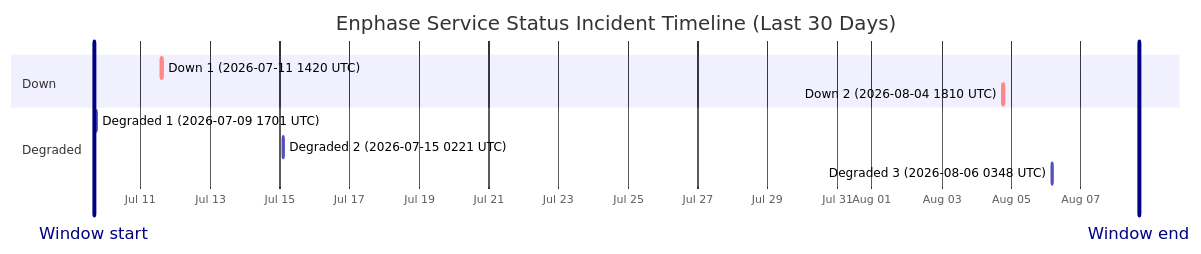
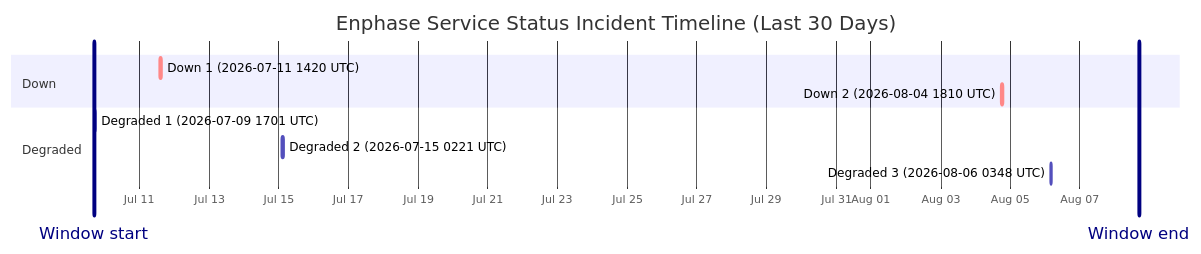
The diagram in wiki/Service-Status-History.md (barneyonline/ha-enphase-energy), drawn with Mermaid before and after one commit. The commit also changed other lines of this file and 3 other files, not shown here.

````diff
--- a/wiki/Service-Status-History.md
+++ b/wiki/Service-Status-History.md
@@ -14,15 +14,15 @@
 ```mermaid
 gantt
     title Enphase Service Status Incident Timeline (Last 30 Days)
     dateFormat  YYYY-MM-DDTHH:mm:ss
     axisFormat  %b %d
-    Window start :vert, window-start, 2026-07-09T15:55:52, 0ms
-    Window end :vert, window-end, 2026-08-08T15:55:52, 0ms
+    Window start :vert, window-start, 2026-07-09T16:33:10, 0ms
+    Window end :vert, window-end, 2026-08-08T16:33:10, 0ms
     section Down
     Down 1 (2026-07-11 1420 UTC) :crit, down-1, 2026-07-11T14:20:54, 69m
     Down 2 (2026-08-04 1810 UTC) :crit, down-2, 2026-08-04T18:10:46, 60m
     section Degraded
     Degraded 1 (2026-07-09 1701 UTC) :active, degraded-1, 2026-07-09T17:01:02, 60m
     Degraded 2 (2026-07-15 0221 UTC) :active, degraded-2, 2026-07-15T02:21:35, 60m
     Degraded 3 (2026-08-06 0348 UTC) :active, degraded-3, 2026-08-06T03:48:14, 60m
 ```
````
